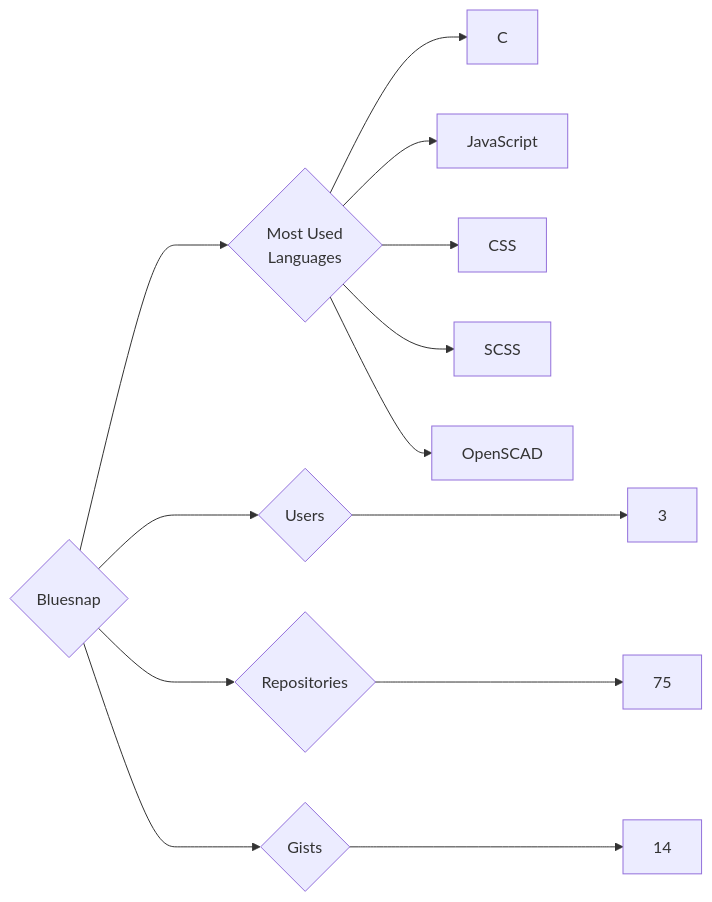
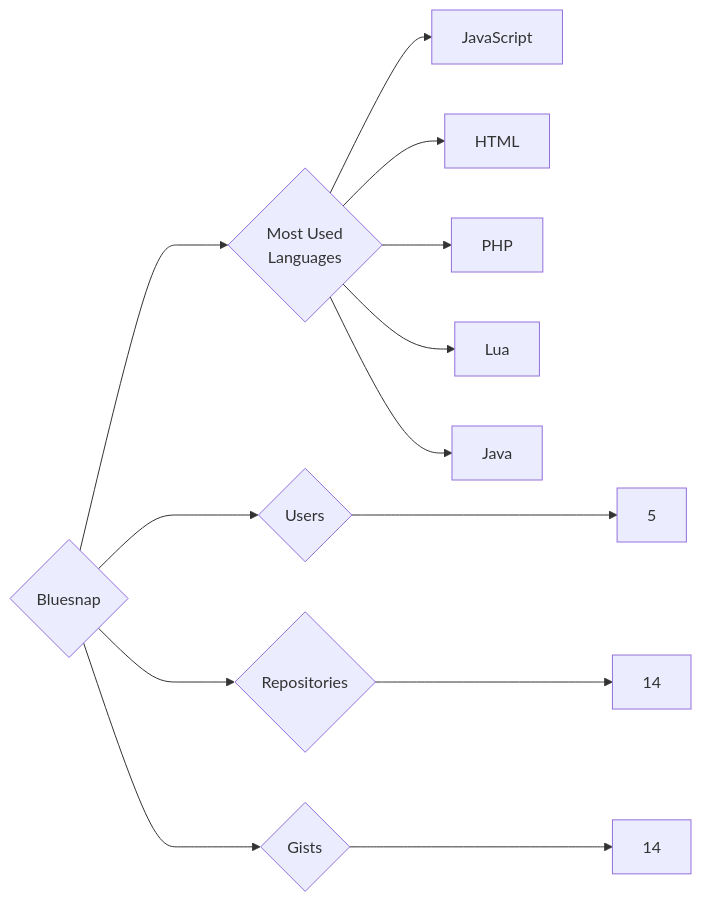
One commit to trickest/insiders changed the diagram in targets/Bluesnap/README.md. Above: the diagram before and after it, drawn with Mermaid. The commit also changed 693 other files, not shown here.

````diff
--- a/targets/Bluesnap/README.md
+++ b/targets/Bluesnap/README.md
@@ -3,13 +3,13 @@
 ```mermaid
 graph LR
 COMPANY_NAME{Bluesnap}
-COMPANY_NAME ---> U{Users} ---> UN[3]
-COMPANY_NAME ---> R{Repositories} ---> RN[75]
+COMPANY_NAME ---> U{Users} ---> UN[5]
+COMPANY_NAME ---> R{Repositories} ---> RN[14]
 COMPANY_NAME ---> G{Gists} ---> GN[14]
 COMPANY_NAME ---> ML{Most Used<br>Languages}
-ML --> C[C]
 ML --> JavaScript[JavaScript]
-ML --> CSS[CSS]
-ML --> SCSS[SCSS]
-ML --> OpenSCAD[OpenSCAD]
+ML --> HTML[HTML]
+ML --> PHP[PHP]
+ML --> Lua[Lua]
+ML --> Java[Java]
 ```
````
